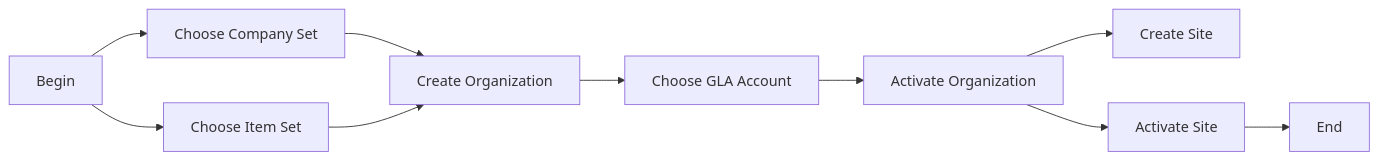
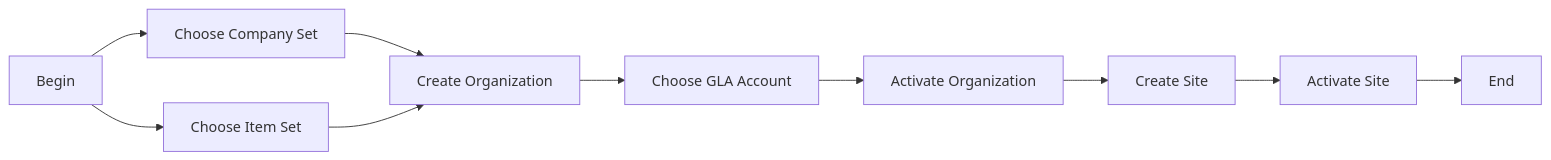
The diagram in maximo/administration/organizations/01-organization-definition.md (codersyacht/maximo-knowledge-center), drawn with Mermaid before and after one commit.

Commit message:
01-organization-definition.md

````diff
--- a/maximo/administration/organizations/01-organization-definition.md
+++ b/maximo/administration/organizations/01-organization-definition.md
@@ -15,12 +15,12 @@
 ```mermaid
 graph LR
 A[Begin]-->B[Choose Company Set]
 A[Begin]-->C[Choose Item Set]
 B-->D[Create Organization]
 C-->D
 D-->E[Choose GLA Account]
 E-->F[Activate Organization]
 F --> G[Create Site]
-F --> H[Activate Site]
+G --> H[Activate Site]
 H--> I[End]
 ```
````
